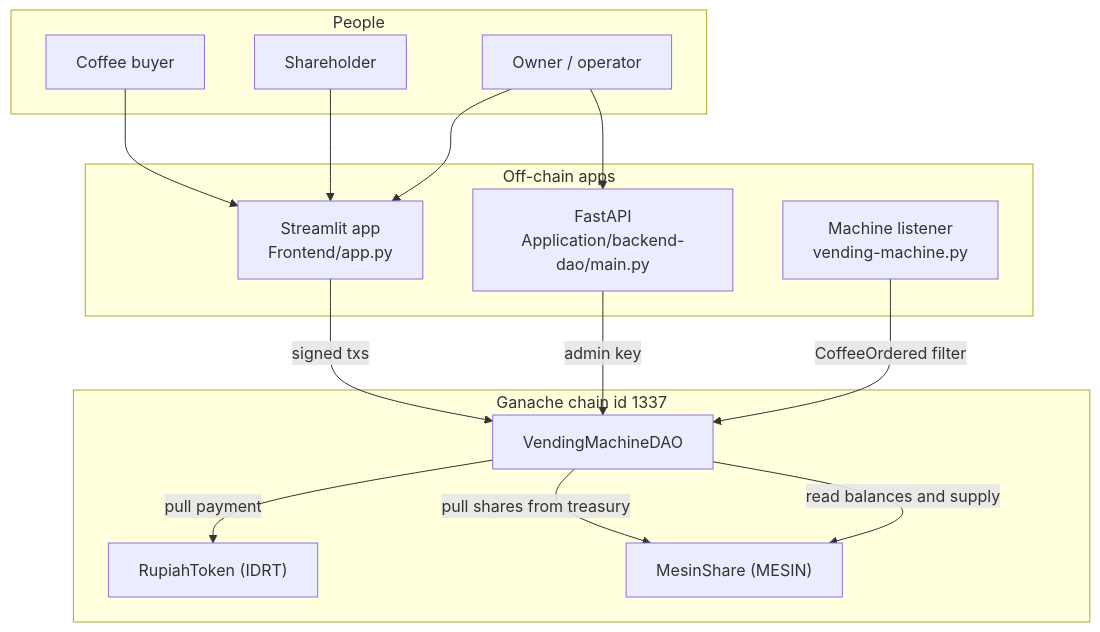
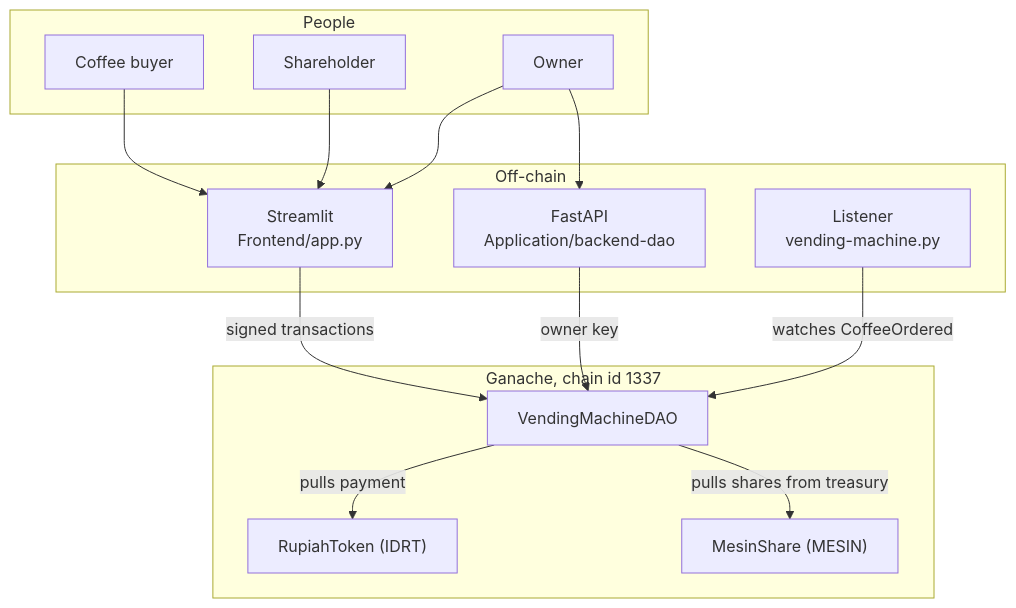
The second of 6 diagrams in README.md (artefiq/vending-machine-rwa), drawn with Mermaid before and after one commit. The commit also changed other lines of this file, not shown here.

````diff
--- a/README.md
+++ b/README.md
@@ -39,31 +51,30 @@
 ```mermaid
 flowchart TB
     subgraph people [People]
         Buyer[Coffee buyer]
         Investor[Shareholder]
-        Admin[Owner / operator]
+        Admin[Owner]
     end
 
-    subgraph apps [Off-chain apps]
-        UI["Streamlit app<br/>Frontend/app.py"]
-        API["FastAPI<br/>Application/backend-dao/main.py"]
-        IoT["Machine listener<br/>vending-machine.py"]
+    subgraph apps [Off-chain]
+        UI["Streamlit<br/>Frontend/app.py"]
+        API["FastAPI<br/>Application/backend-dao"]
+        IoT["Listener<br/>vending-machine.py"]
     end
 
-    subgraph chain [Ganache chain id 1337]
+    subgraph chain [Ganache, chain id 1337]
         DAO[VendingMachineDAO]
         IDRT["RupiahToken (IDRT)"]
         MESIN["MesinShare (MESIN)"]
     end
 
     Buyer --> UI
     Investor --> UI
     Admin --> UI
     Admin --> API
-    UI -->|signed txs| DAO
-    API -->|admin key| DAO
-    IoT -->|CoffeeOrdered filter| DAO
-    DAO -->|pull payment| IDRT
-    DAO -->|pull shares from treasury| MESIN
-    DAO -->|read balances and supply| MESIN
+    UI -->|signed transactions| DAO
+    API -->|owner key| DAO
+    IoT -->|watches CoffeeOrdered| DAO
+    DAO -->|pulls payment| IDRT
+    DAO -->|pulls shares from treasury| MESIN
 ```
````
